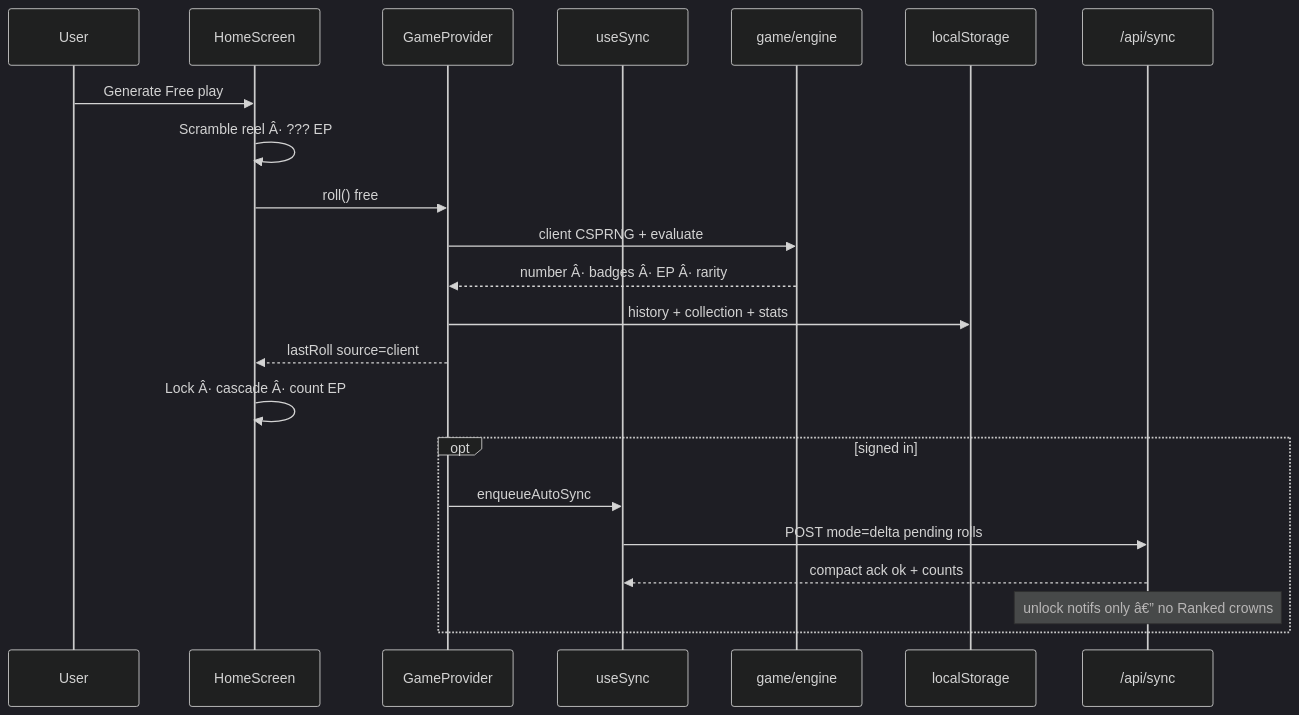
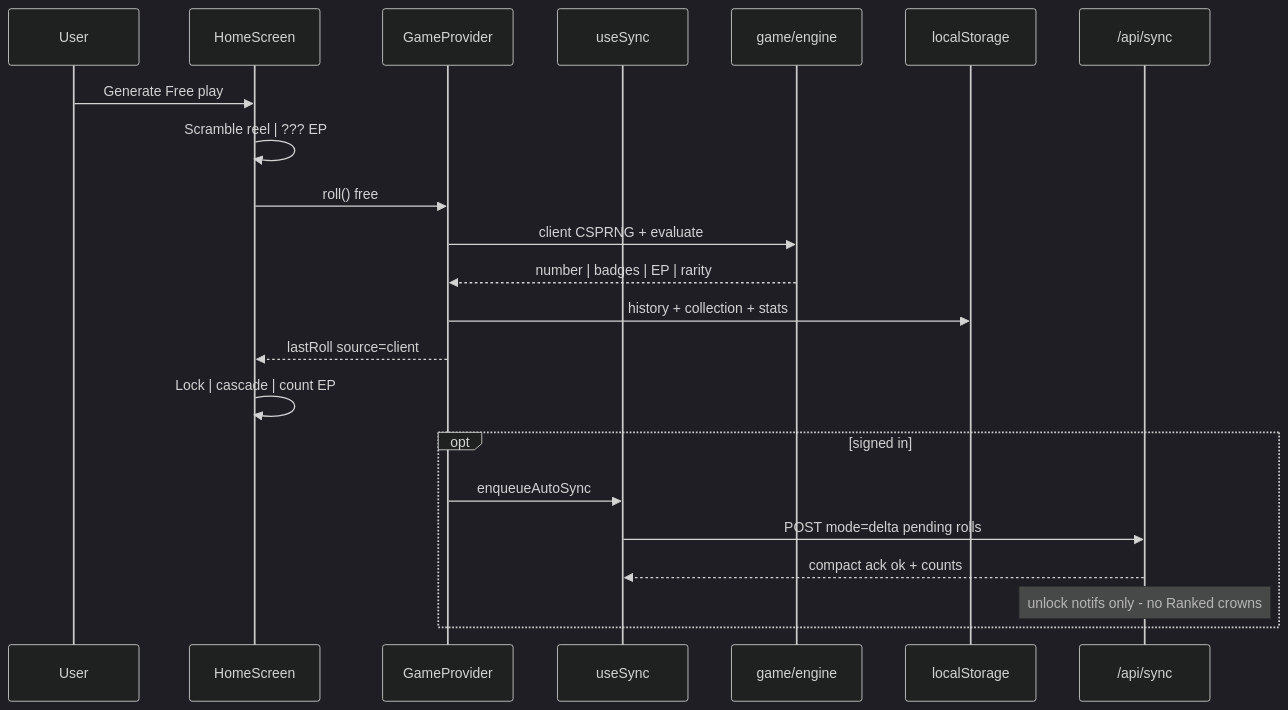
Before and after one commit to jondmarien/rngdle-unlocked: the third of 8 diagrams in docs/wiki/Architecture.md, drawn with Mermaid (dark theme). The commit also changed other lines of this file and 22 other files, not shown here.

First line of the commit message:
Fix GitHub Wiki mojibake and Mermaid-hostile Unicode.

````diff
--- a/docs/wiki/Architecture.md
+++ b/docs/wiki/Architecture.md
@@ -120,25 +118,25 @@
 ```mermaid
 sequenceDiagram
   participant U as User
   participant H as HomeScreen
   participant G as GameProvider
   participant Sync as useSync
   participant E as game/engine
   participant S as localStorage
   participant C as /api/sync
 
   U->>H: Generate Free play
-  H->>H: Scramble reel Â· ??? EP
+  H->>H: Scramble reel | ??? EP
   H->>G: roll() free
   G->>E: client CSPRNG + evaluate
-  E-->>G: number Â· badges Â· EP Â· rarity
+  E-->>G: number | badges | EP | rarity
   G->>S: history + collection + stats
   G-->>H: lastRoll source=client
-  H->>H: Lock Â· cascade Â· count EP
+  H->>H: Lock | cascade | count EP
   opt signed in
     G->>Sync: enqueueAutoSync
     Sync->>C: POST mode=delta pending rolls
     C-->>Sync: compact ack ok + counts
-    Note over C: unlock notifs only â€” no Ranked crowns
+    Note over C: unlock notifs only - no Ranked crowns
   end
 ```
````
